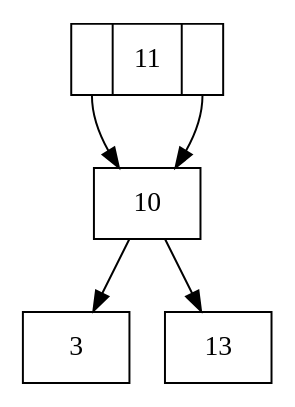
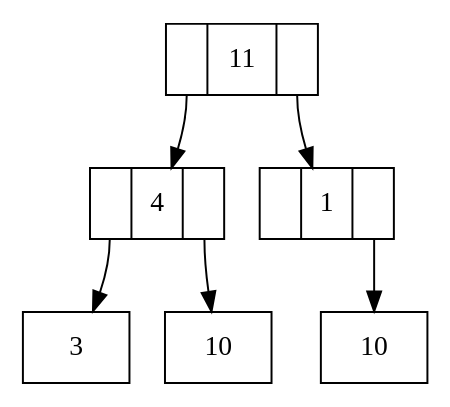
One commit to ElMalRod/Pyramid-Proyecto-2-EDD changed the diagram in aux_grafico.dot. Above: the diagram before and after it, drawn with Graphviz. The commit also changed 6 other files, not shown here.

```diff
--- a/aux_grafico.dot
+++ b/aux_grafico.dot
@@ -1,13 +1,15 @@
 digraph grafica{
 rankdir=TB;
 node [shape =record, style=filled, fillcolor=gray100];
-nodo11 [ label ="<C0>|11|<C1>"];
-nodo10 [ label ="<C0>|10|<C1>"];
-nodo3 [ label ="3"];
-nodo10:C0->nodo3
-nodo13 [ label ="13"];
-nodo10:C1->nodo13
-nodo11:C0->nodo10
-nodo10 [ label ="10"];
-nodo11:C1->nodo10
+nodo3 [ label ="<C0>|11|<C1>"];
+nodo4 [ label ="<C0>|4|<C1>"];
+nodo1 [ label ="3"];
+nodo4:C0->nodo1
+nodo7 [ label ="10"];
+nodo4:C1->nodo7
+nodo3:C0->nodo4
+nodo5 [ label ="<C0>|1|<C1>"];
+nodo2 [ label ="10"];
+nodo5:C1->nodo2
+nodo3:C1->nodo5
 }
```
